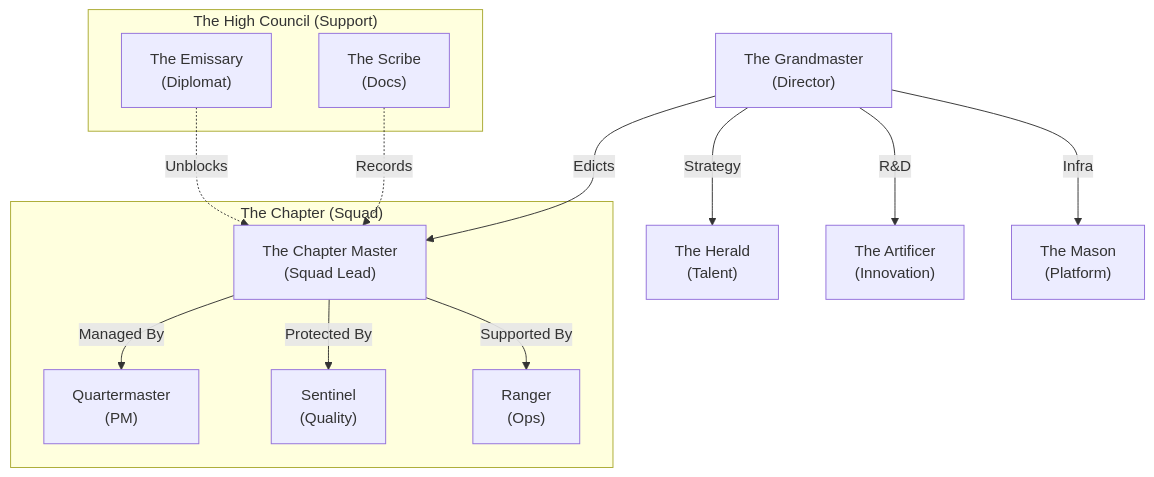
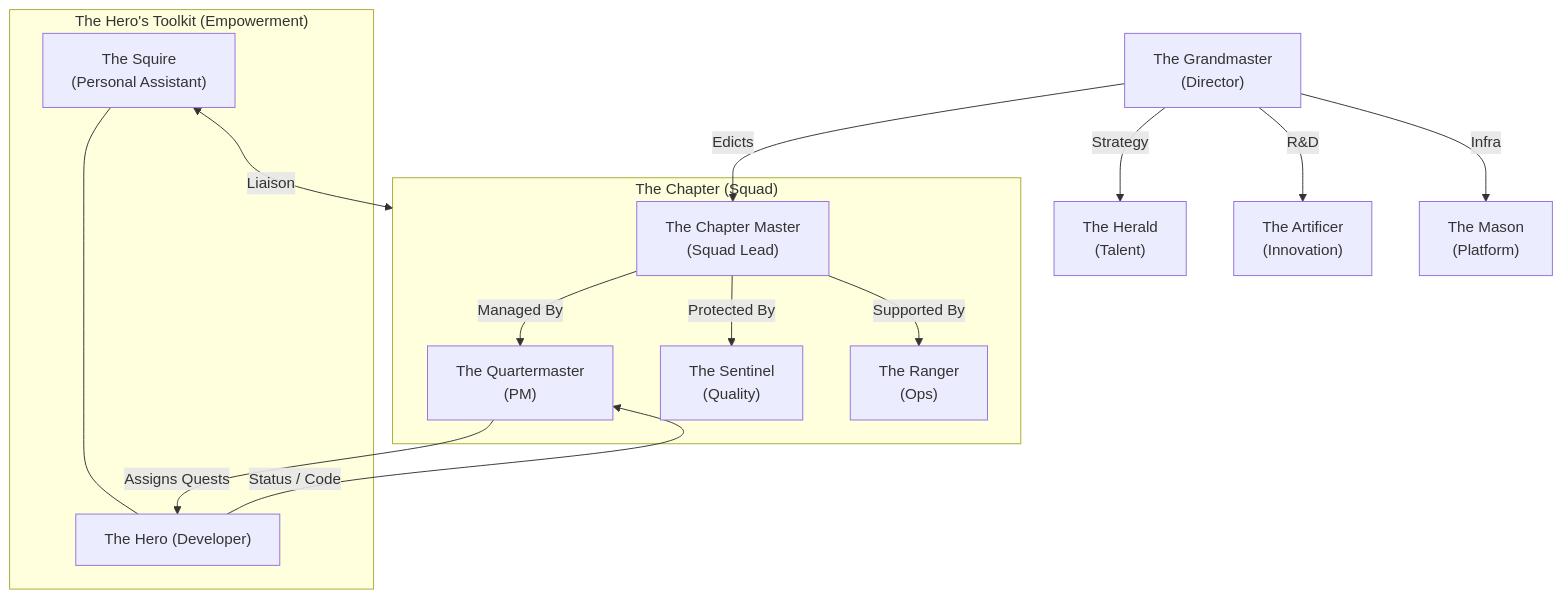
The diagram in Readme.md (masterkidan/guild-forge), drawn with Mermaid before and after one commit. The commit also changed other lines of this file and 26 other files, not shown here.

Commit message:
Adding hero roles, more comparisons

````diff
--- a/Readme.md
+++ b/Readme.md
@@ -33,21 +39,26 @@
 ```mermaid
 graph TD
-    %% Roles
+    %% Org Layer (Top-Down)
     GM["The Grandmaster<br/>(Director)"] -->|Edicts| CM["The Chapter Master<br/>(Squad Lead)"]
     GM -->|Strategy| H["The Herald<br/>(Talent)"]
     GM -->|R&D| A["The Artificer<br/>(Innovation)"]
     GM -->|Infra| M["The Mason<br/>(Platform)"]
     
     %% Squad
     subgraph ChapterHouse ["The Chapter (Squad)"]
-        CM -->|Managed By| QM["Quartermaster<br/>(PM)"]
-        CM -->|Protected By| S["Sentinel<br/>(Quality)"]
-        CM -->|Supported By| R["Ranger<br/>(Ops)"]
+        CM -->|Managed By| QM["The Quartermaster<br/>(PM)"]
+        CM -->|Protected By| S["The Sentinel<br/>(Quality)"]
+        CM -->|Supported By| R["The Ranger<br/>(Ops)"]
     end
     
-    %% Cross-Cutting
-    subgraph HighCouncil ["The High Council (Support)"]
-        E["The Emissary<br/>(Diplomat)"] -.->|Unblocks| CM
-        Sc["The Scribe<br/>(Docs)"] -.->|Records| CM
+    %% Hero Layer (Bottom-Up)
+    subgraph HeroLayer ["The Hero's Toolkit (Empowerment)"]
+        Hero["The Hero (Developer)"]
+        Squire["The Squire<br/>(Personal Assistant)"] --- Hero
     end
-```
+
+    %% Interaction
+    QM -->|Assigns Quests| Hero
+    Hero -->|Status / Code| QM
+    Squire <-->|Liaison| ChapterHouse
+```    
````
